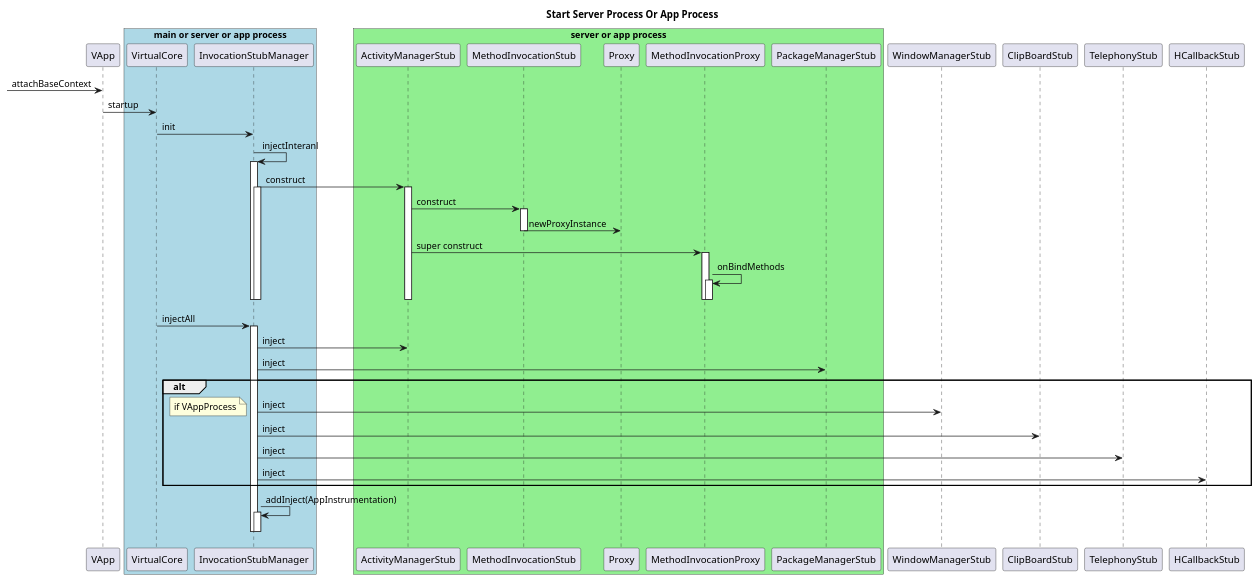
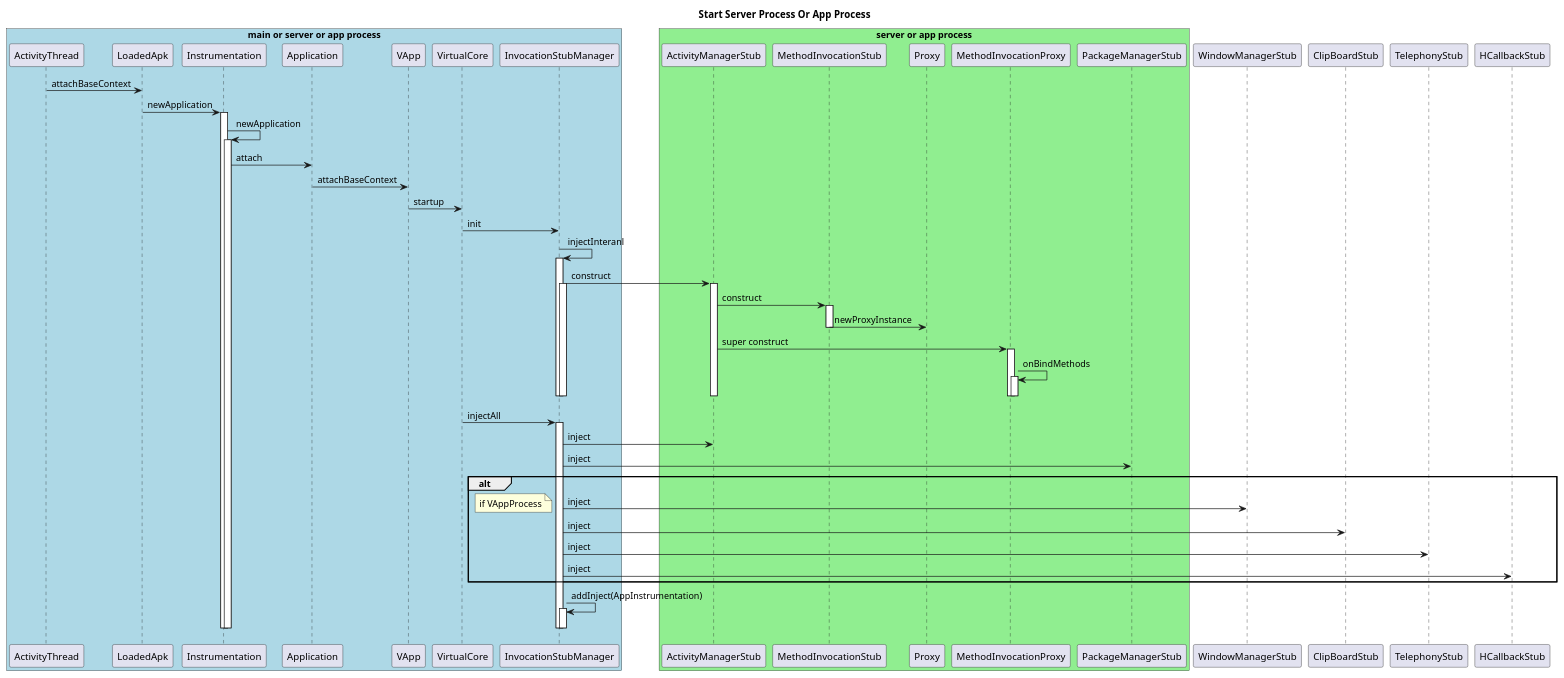
One commit to peggy109/VADoc changed the diagram in va_start_server_process.puml. Above: the diagram before and after it, drawn with PlantUML.

Commit message:
va_start_server_process.puml,optimize

```diff
--- a/va_start_server_process.puml
+++ b/va_start_server_process.puml
@@ -1,53 +1,64 @@
 @startuml
 title Start Server Process Or App Process
+box "main or server or app process" #LightBlue
+participant ActivityThread
+participant LoadedApk
+participant Instrumentation
+participant Application
 participant VApp
-box "main or server or app process" #LightBlue
 participant VirtualCore as VC
 participant InvocationStubManager as ISM
 end box
 box "server or app process" #LightGreen
 participant ActivityManagerStub
 participant MethodInvocationStub
 participant Proxy
 participant MethodInvocationProxy
 participant PackageManagerStub
 endbox
-
-[-> VApp : attachBaseContext
-VApp -> VC : startup
-VC -> ISM: init
-ISM -> ISM : injectInteranl
-activate ISM
-ISM -> ActivityManagerStub : construct
-activate ActivityManagerStub
-activate ISM
-ActivityManagerStub -> MethodInvocationStub : construct
-activate MethodInvocationStub
-MethodInvocationStub -> Proxy : newProxyInstance
-deactivate MethodInvocationStub
-ActivityManagerStub -> MethodInvocationProxy : super construct
-activate MethodInvocationProxy
-MethodInvocationProxy -> MethodInvocationProxy : onBindMethods
-activate MethodInvocationProxy
-deactivate MethodInvocationProxy
-deactivate MethodInvocationProxy
-deactivate ActivityManagerStub
-deactivate ISM
-deactivate ISM
-VC -> ISM: injectAll
-activate ISM
-ISM -> ActivityManagerStub : inject
-ISM -> PackageManagerStub : inject
-alt
-ISM -> WindowManagerStub : inject
-note left : if VAppProcess
-ISM -> ClipBoardStub : inject
-ISM -> TelephonyStub : inject
-ISM -> HCallbackStub : inject
-end
-ISM -> ISM : addInject(AppInstrumentation)
-activate ISM
-deactivate ISM
-deactivate ISM
+ActivityThread -> LoadedApk : attachBaseContext
+LoadedApk -> Instrumentation : newApplication
+activate Instrumentation
+    Instrumentation -> Instrumentation : newApplication
+    activate Instrumentation
+        Instrumentation -> Application : attach
+        Application-> VApp : attachBaseContext
+        VApp -> VC : startup
+        VC -> ISM: init
+        ISM -> ISM : injectInteranl
+        activate ISM
+            ISM -> ActivityManagerStub : construct
+            activate ActivityManagerStub
+                activate ISM
+                    ActivityManagerStub -> MethodInvocationStub : construct
+                    activate MethodInvocationStub
+                        MethodInvocationStub -> Proxy : newProxyInstance
+                    deactivate MethodInvocationStub
+                    ActivityManagerStub -> MethodInvocationProxy : super construct
+                    activate MethodInvocationProxy
+                        MethodInvocationProxy -> MethodInvocationProxy : onBindMethods
+                        activate MethodInvocationProxy
+                        deactivate MethodInvocationProxy
+                    deactivate MethodInvocationProxy
+                deactivate ActivityManagerStub
+            deactivate ISM
+        deactivate ISM
+        VC -> ISM: injectAll
+        activate ISM
+            ISM -> ActivityManagerStub : inject
+            ISM -> PackageManagerStub : inject
+            alt
+                ISM -> WindowManagerStub : inject
+                note left : if VAppProcess
+                ISM -> ClipBoardStub : inject
+                ISM -> TelephonyStub : inject
+                ISM -> HCallbackStub : inject
+            end
+            ISM -> ISM : addInject(AppInstrumentation)
+            activate ISM
+            deactivate ISM
+        deactivate ISM
+    deactivate Instrumentation
+deactivate Instrumentation
 
 @enduml
```
